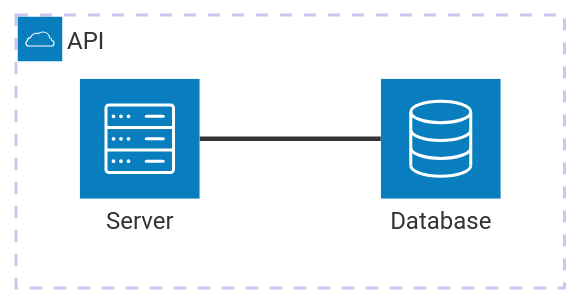
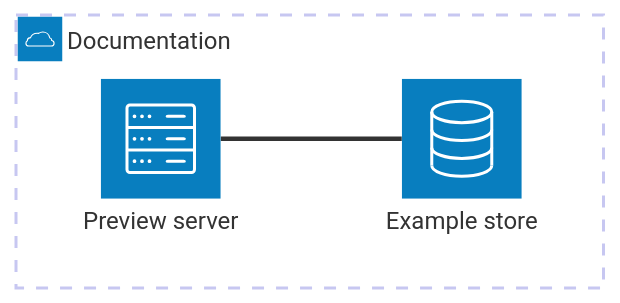
Diagram 17 of 23 in education/examples/mermaid-diagram-types-showcase.md (JeanKadang/DOC-GitHub-Practice-Skills), drawn with Mermaid before and after one commit. The commit also changed other lines of this file, not shown here.

Commit message:
docs: improve Mermaid showcase visuals

````diff
--- a/education/examples/mermaid-diagram-types-showcase.md
+++ b/education/examples/mermaid-diagram-types-showcase.md
@@ -284,7 +625,7 @@
 ```mermaid
 architecture-beta
-    group api(cloud)[API]
-    service db(database)[Database] in api
-    service server(server)[Server] in api
-    server:R -- L:db
+    group docs(cloud)[Documentation]
+    service web(server)[Preview server] in docs
+    service store(database)[Example store] in docs
+    web:R -- L:store
 ```
````
